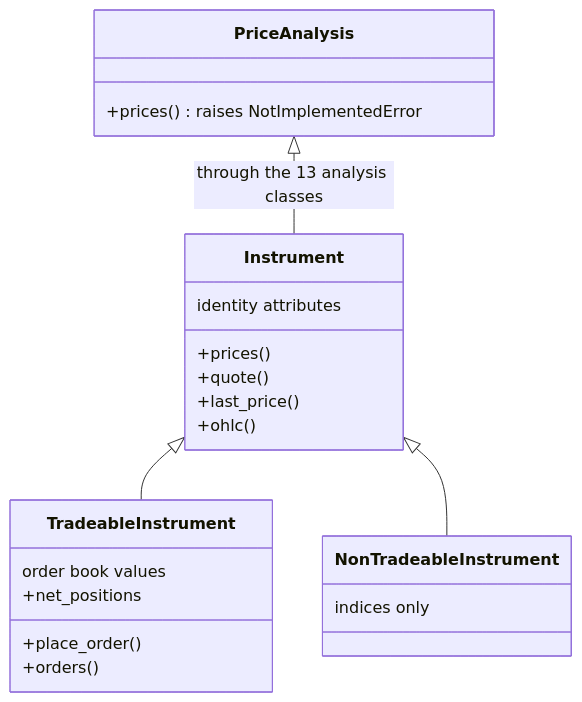
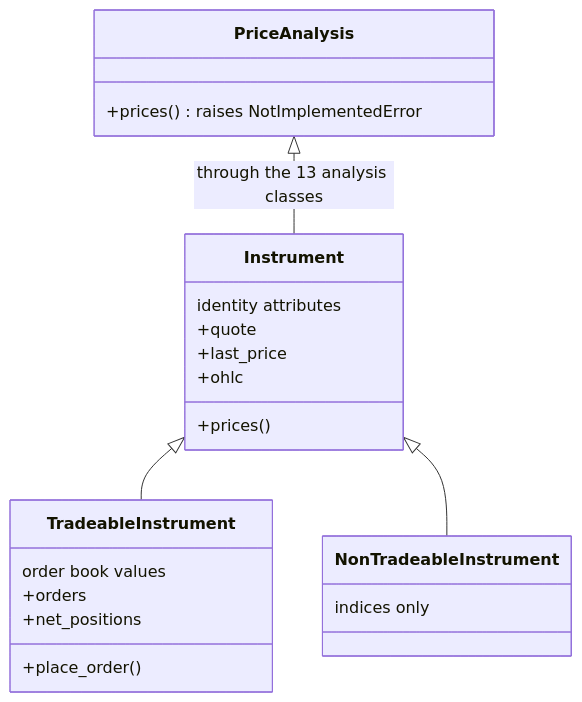
Before and after one commit to pramodathani/tradingmachine: the diagram in docs/architecture/instrument-model.md, drawn with Mermaid. The commit also changed other lines of this file and 14 other files, not shown here.

````diff
--- a/docs/architecture/instrument-model.md
+++ b/docs/architecture/instrument-model.md
@@ -6,25 +6,25 @@
 ```mermaid
 classDiagram
     class PriceAnalysis {
         +prices() raises NotImplementedError
     }
     class Instrument {
         identity attributes
         +prices()
-        +quote()
-        +last_price()
-        +ohlc()
+        +quote
+        +last_price
+        +ohlc
     }
     class TradeableInstrument {
         order book values
         +place_order()
-        +orders()
+        +orders
         +net_positions
     }
     class NonTradeableInstrument {
         indices only
     }
     PriceAnalysis <|-- Instrument : through the 13 analysis classes
     Instrument <|-- TradeableInstrument
     Instrument <|-- NonTradeableInstrument
 ```
````
